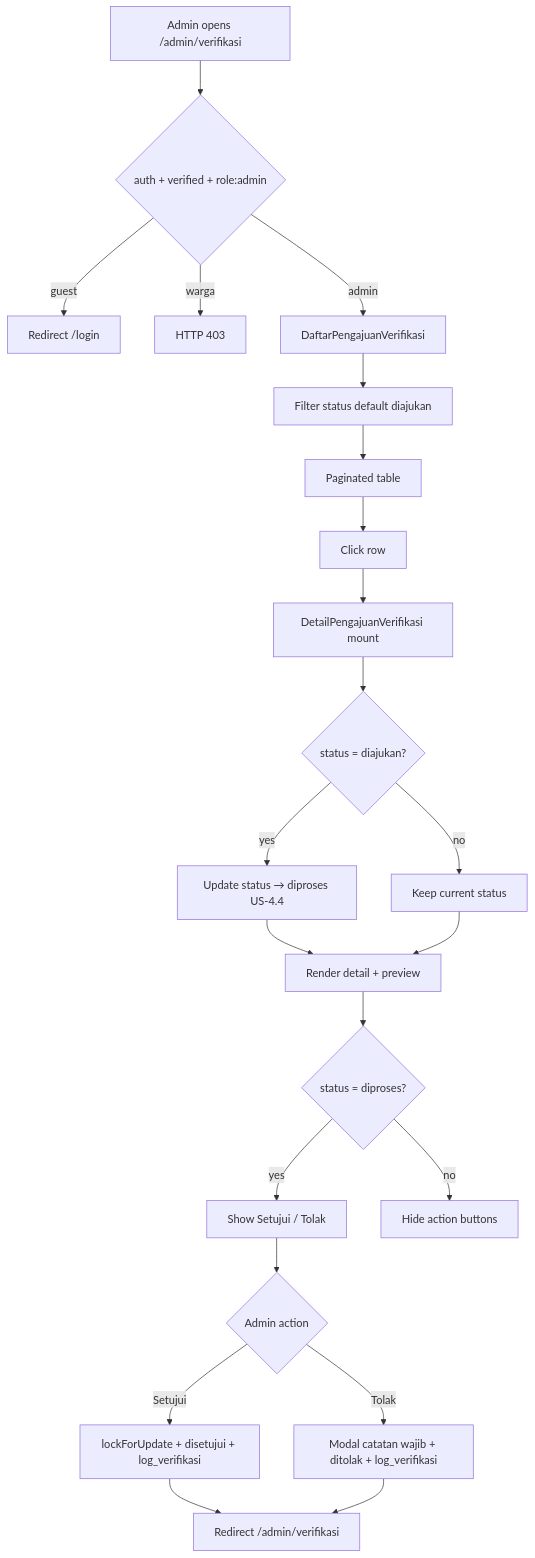
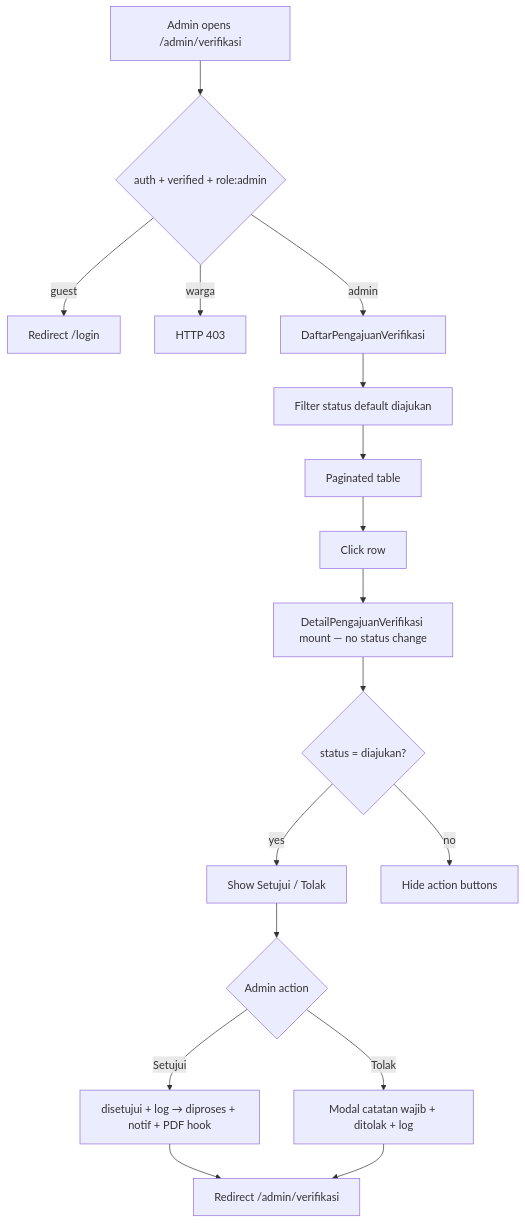
Before and after one commit to ZulfikarHD/sistem-desa: the first of 2 diagrams in docs/dev-docs/features/verifikasi-pengajuan.md, drawn with Mermaid. The commit also changed other lines of this file and 31 other files, not shown here.

First line of the commit message:
feat(verifikasi): migrasi alur status US-7.1 ke setujui lalu diproses

````diff
--- a/docs/dev-docs/features/verifikasi-pengajuan.md
+++ b/docs/dev-docs/features/verifikasi-pengajuan.md
@@ -9,24 +11,19 @@
 ```mermaid
 flowchart TD
     A[Admin opens /admin/verifikasi] --> B{auth + verified + role:admin}
     B -->|guest| C[Redirect /login]
     B -->|warga| D[HTTP 403]
     B -->|admin| E[DaftarPengajuanVerifikasi]
     E --> F[Filter status default diajukan]
     F --> G[Paginated table]
     G --> H[Click row]
-    H --> I[DetailPengajuanVerifikasi mount]
+    H --> I[DetailPengajuanVerifikasi mount — no status change]
     I --> J{status = diajukan?}
-    J -->|yes| K[Update status → diproses US-4.4]
-    J -->|no| L[Keep current status]
-    K --> M[Render detail + preview]
-    L --> M
-    M --> N{status = diproses?}
-    N -->|yes| O[Show Setujui / Tolak]
-    N -->|no| P[Hide action buttons]
-    O --> Q{Admin action}
-    Q -->|Setujui| R[lockForUpdate + disetujui + log_verifikasi]
-    Q -->|Tolak| S[Modal catatan wajib + ditolak + log_verifikasi]
-    R --> T[Redirect /admin/verifikasi]
-    S --> T
+    J -->|yes| K[Show Setujui / Tolak]
+    J -->|no| L[Hide action buttons]
+    K --> M{Admin action}
+    M -->|Setujui| N[disetujui + log → diproses + notif + PDF hook]
+    M -->|Tolak| O[Modal catatan wajib + ditolak + log]
+    N --> P[Redirect /admin/verifikasi]
+    O --> P
 ```
````
